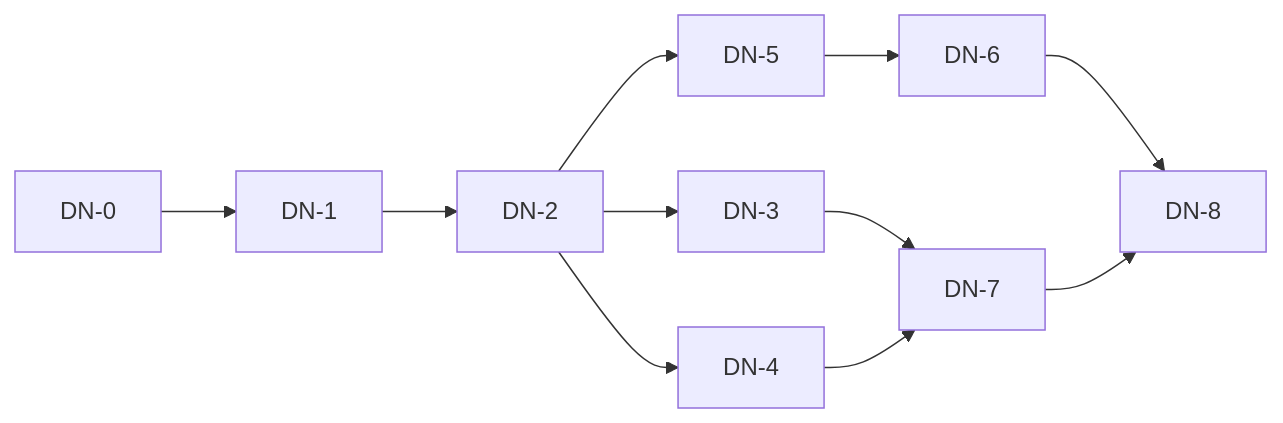
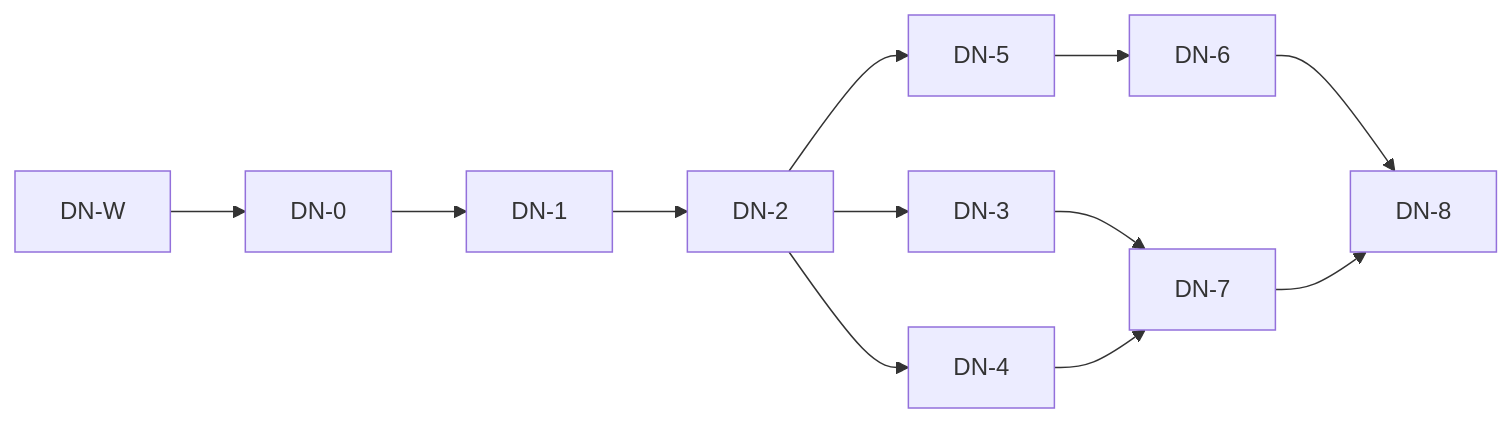
One commit to ProjectViVy/agent-diva changed the diagram in docs/plans/diva-next/index.md. Above: the diagram before and after it, drawn with Mermaid. The commit also changed other lines of this file and 568 other files, not shown here.

````diff
--- a/docs/plans/diva-next/index.md
+++ b/docs/plans/diva-next/index.md
@@ -37,12 +38,12 @@
 ```mermaid
 graph LR
-  DN0[DN-0] --> DN1[DN-1] --> DN2[DN-2]
+  DNW[DN-W] --> DN0[DN-0] --> DN1[DN-1] --> DN2[DN-2]
   DN2 --> DN3[DN-3]
   DN2 --> DN4[DN-4]
   DN2 --> DN5[DN-5]
   DN5 --> DN6[DN-6]
   DN3 --> DN7[DN-7]
   DN4 --> DN7
   DN6 --> DN8[DN-8]
   DN7 --> DN8
 ```
````
